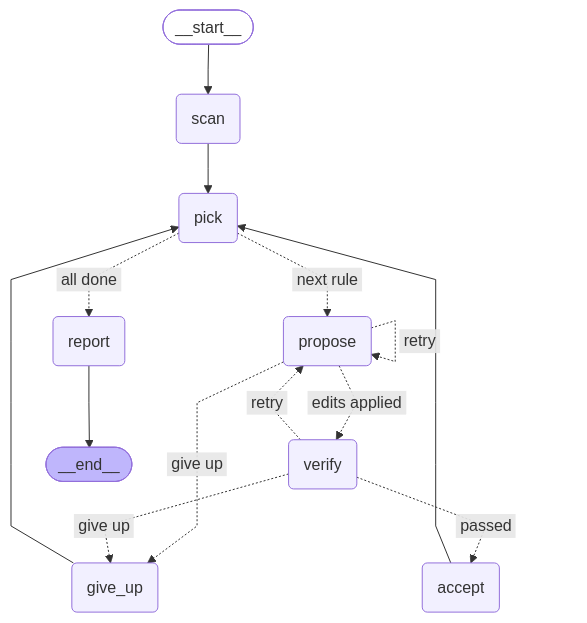
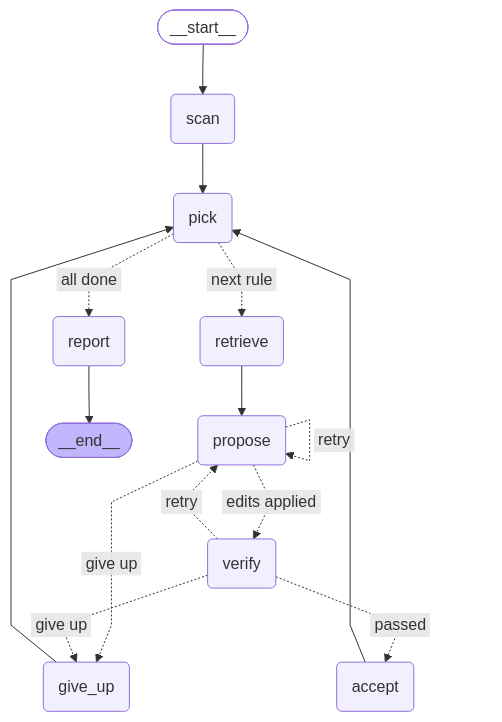
One commit to Harshit-rai-1506/accessibility-repair-agent changed the diagram in docs/02-agent.md. Above: the diagram before and after it, drawn with Mermaid. The commit also changed other lines of this file and 18 other files, not shown here.

````diff
--- a/docs/02-agent.md
+++ b/docs/02-agent.md
@@ -65,33 +65,35 @@
 ```mermaid
 ---
 config:
   flowchart:
     curve: linear
 ---
 graph TD;
 	__start__([<p>__start__</p>]):::first
 	scan(scan)
 	pick(pick)
+	retrieve(retrieve)
 	propose(propose)
 	verify(verify)
 	accept(accept)
 	give_up(give_up)
 	report(report)
 	__end__([<p>__end__</p>]):::last
 	__start__ --> scan;
 	accept --> pick;
 	give_up --> pick;
-	pick -. &nbsp;next rule&nbsp; .-> propose;
 	pick -. &nbsp;all done&nbsp; .-> report;
+	pick -. &nbsp;next rule&nbsp; .-> retrieve;
 	propose -. &nbsp;give up&nbsp; .-> give_up;
 	propose -. &nbsp;edits applied&nbsp; .-> verify;
+	retrieve --> propose;
 	scan --> pick;
 	verify -. &nbsp;passed&nbsp; .-> accept;
 	verify -. &nbsp;give up&nbsp; .-> give_up;
 	verify -. &nbsp;retry&nbsp; .-> propose;
 	report --> __end__;
 	propose -. &nbsp;retry&nbsp; .-> propose;
 	classDef default fill:#f2f0ff,line-height:1.2
 	classDef first fill-opacity:0
 	classDef last fill:#bfb6fc
 ```
````
